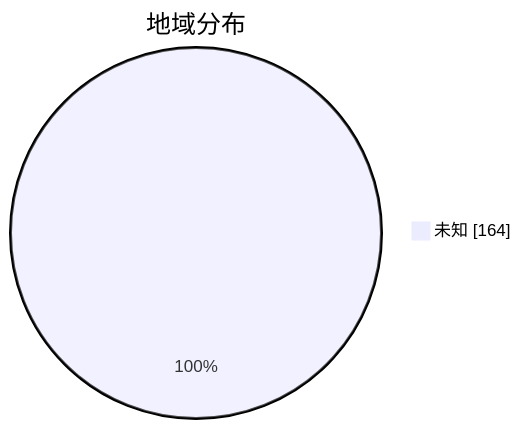
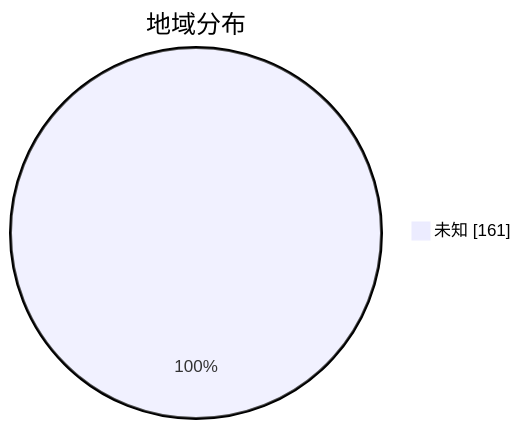
The second of 3 diagrams in subs/statistics/tested_within.md (qjlxg/airport), drawn with Mermaid before and after one commit. The commit also changed other lines of this file and 2 other files, not shown here.

````diff
--- a/subs/statistics/tested_within.md
+++ b/subs/statistics/tested_within.md
@@ -11,5 +11,5 @@
 ```mermaid
 pie showData
 title 地域分布
-"未知" : 164
+"未知" : 161
 ```
````
